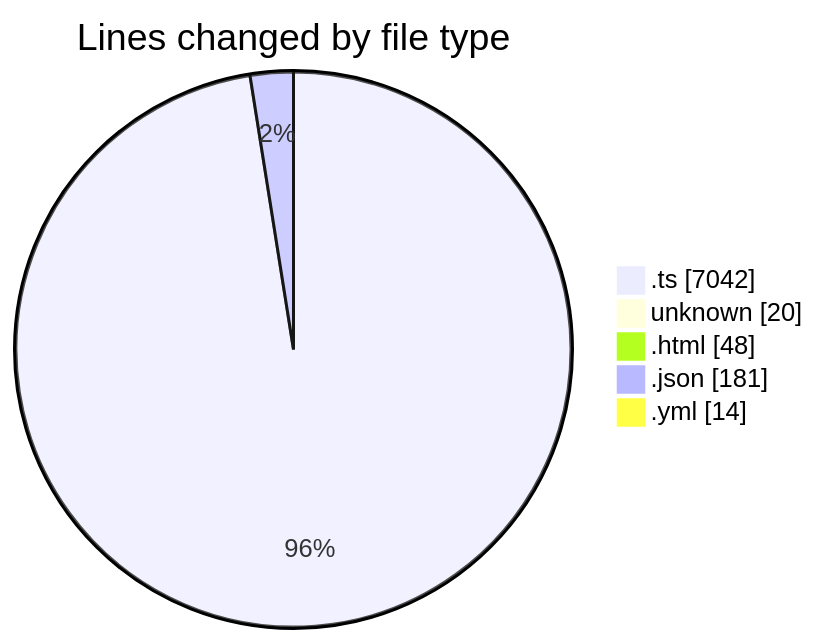
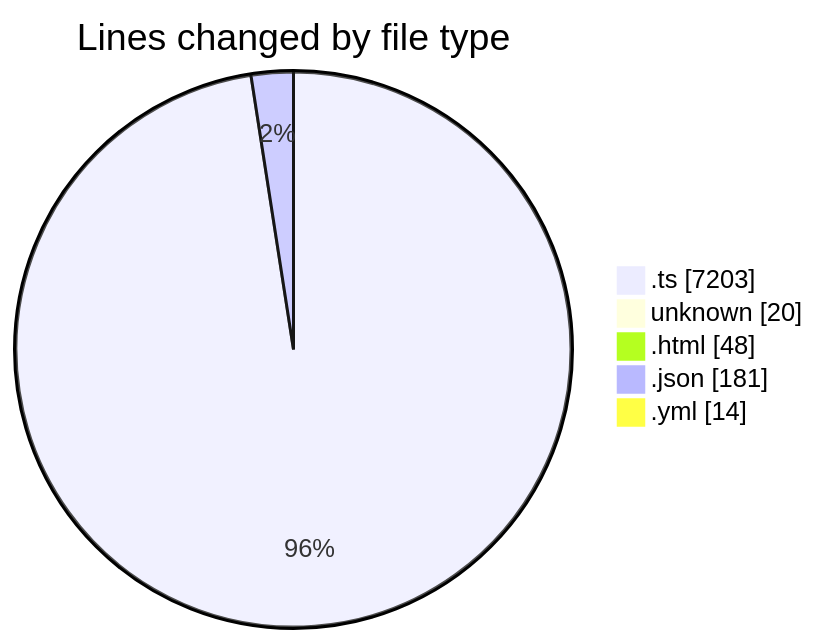
The first of 2 diagrams in 2026-02-06/singularitybrainai/README.md (tmsrecording-cyber/code-tracking), drawn with Mermaid before and after one commit. The commit also changed other lines of this file and 1 other file, not shown here.

````diff
--- a/2026-02-06/singularitybrainai/README.md
+++ b/2026-02-06/singularitybrainai/README.md
@@ -35,9 +38,9 @@
 ```mermaid
 pie showData
 title Lines changed by file type
-".ts" : 7042
+".ts" : 7203
 "unknown" : 20
 ".html" : 48
 ".json" : 181
 ".yml" : 14
 ```
````
